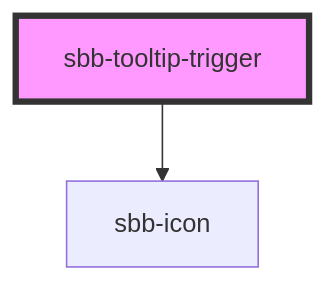
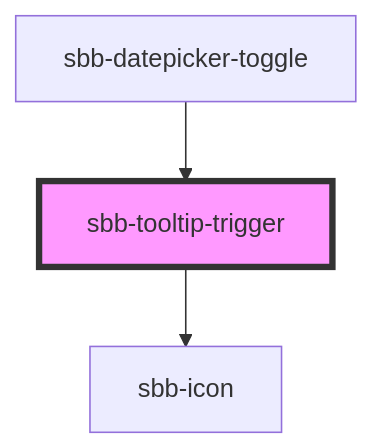
Before and after one commit to sbb-design-systems/lyne-components: the diagram in src/components/sbb-tooltip-trigger/readme.md, drawn with Mermaid. The commit also changed other lines of this file and 55 other files, not shown here.

Commit message:
feat(sbb-datepicker): component implementation (#1630)

````diff
--- a/src/components/sbb-tooltip-trigger/readme.md
+++ b/src/components/sbb-tooltip-trigger/readme.md
@@ -83,5 +87,6 @@
 ```mermaid
 graph TD;
   sbb-tooltip-trigger --> sbb-icon
+  sbb-datepicker-toggle --> sbb-tooltip-trigger
   style sbb-tooltip-trigger fill:#f9f,stroke:#333,stroke-width:4px
 ```
````
